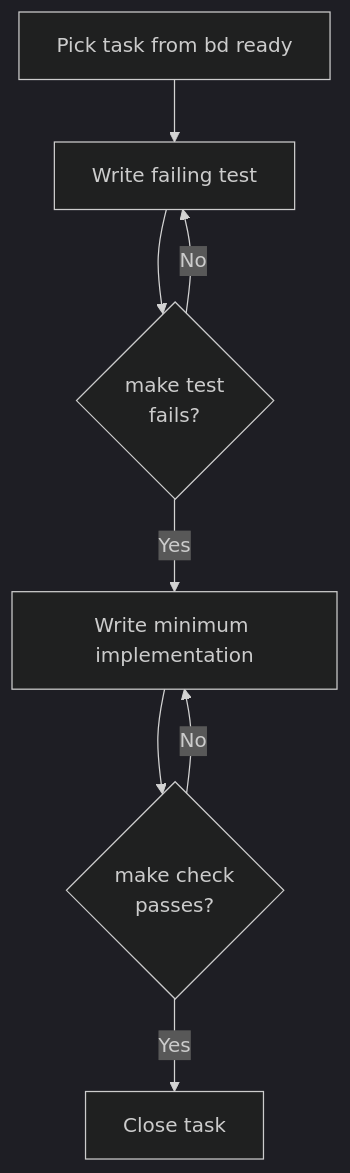
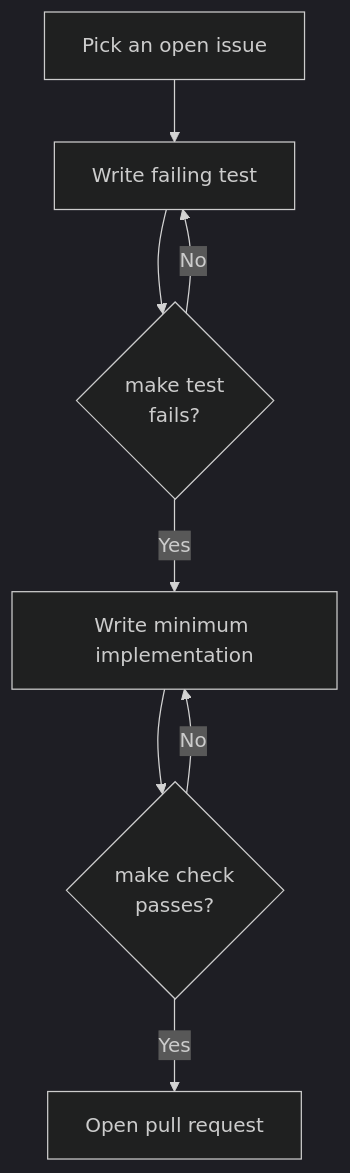
One commit to heliopais/interlace changed the diagram in docs/source/contributing.md. Above: the diagram before and after it, drawn with Mermaid (dark theme). The commit also changed other lines of this file and 2 other files, not shown here.

````diff
--- a/docs/source/contributing.md
+++ b/docs/source/contributing.md
@@ -27,10 +27,10 @@
 ```{mermaid}
 flowchart TD
-    A[Pick task from bd ready] --> B[Write failing test]
+    A[Pick an open issue] --> B[Write failing test]
     B --> C{make test\nfails?}
     C -- No --> B
     C -- Yes --> D[Write minimum implementation]
     D --> E{make check\npasses?}
     E -- No --> D
-    E -- Yes --> F[Close task]
+    E -- Yes --> F[Open pull request]
 ```
````
